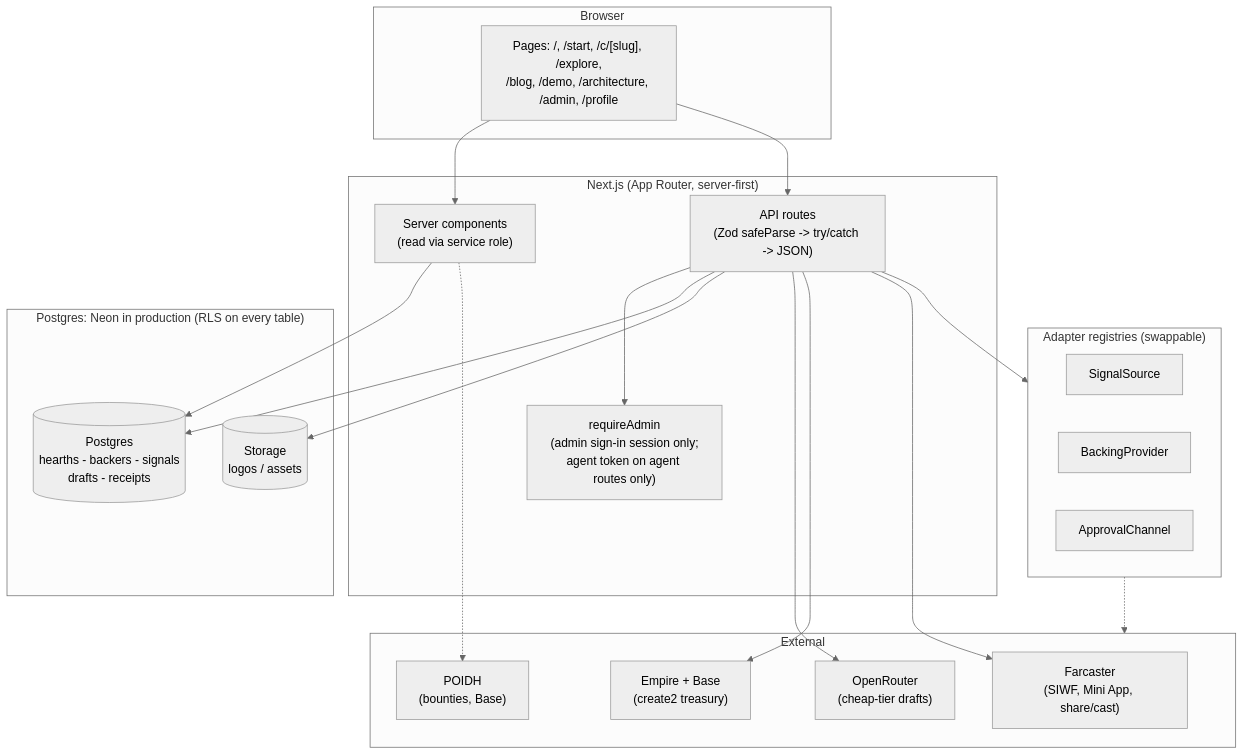
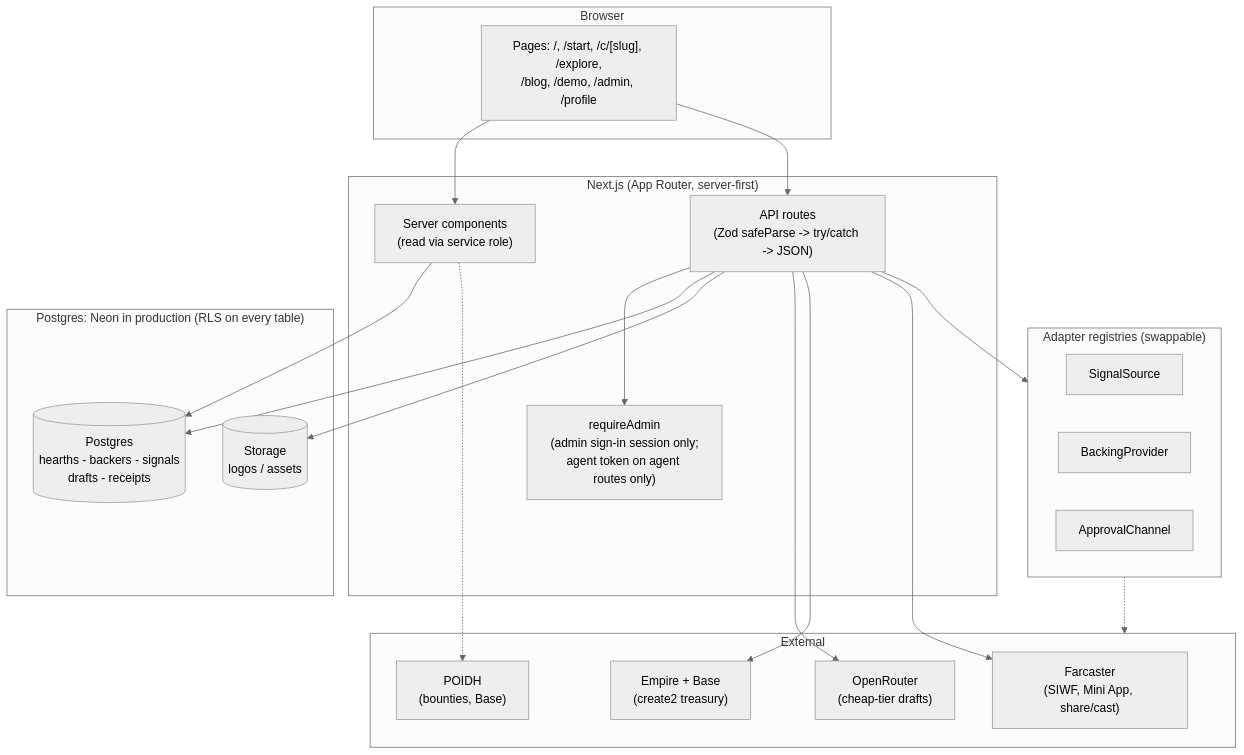
One commit to bettercallzaal/sparkz changed the second of 6 diagrams in README.md. Above: the diagram before and after it, drawn with Mermaid (neutral theme). The commit also changed other lines of this file, not shown here.

````diff
--- a/README.md
+++ b/README.md
@@ -218,43 +212,43 @@
 ```mermaid
 flowchart TB
   subgraph Browser
-    UI["Pages: /, /start, /c/[slug], /explore,<br/>/blog, /demo, /architecture, /admin, /profile"]
+    UI["Pages: /, /start, /c/[slug], /explore,<br/>/blog, /demo, /admin, /profile"]
   end
 
   subgraph Next["Next.js (App Router, server-first)"]
     Pages["Server components<br/>(read via service role)"]
     API["API routes<br/>(Zod safeParse -> try/catch -> JSON)"]
     Auth["requireAdmin<br/>(admin sign-in session only;<br/>agent token on agent routes only)"]
   end
 
   subgraph Data["Postgres: Neon in production (RLS on every table)"]
     DB[("Postgres<br/>hearths - backers - signals<br/>drafts - receipts")]
     Store[("Storage<br/>logos / assets")]
   end
 
   subgraph Seams["Adapter registries (swappable)"]
     SS["SignalSource"]
     BP["BackingProvider"]
     AC["ApprovalChannel"]
   end
 
   subgraph Ext["External"]
     OR["OpenRouter<br/>(cheap-tier drafts)"]
     EM["Empire + Base<br/>(create2 treasury)"]
     FC["Farcaster<br/>(SIWF, Mini App, share/cast)"]
     PO["POIDH<br/>(bounties, Base)"]
   end
 
   UI --> Pages
   UI --> API
   API --> Auth
   Pages --> DB
   API --> DB
   API --> Store
   API --> Seams
   Seams -.-> Ext
   API --> OR
   API --> EM
   API --> FC
   Pages -.-> PO
 ```
````
